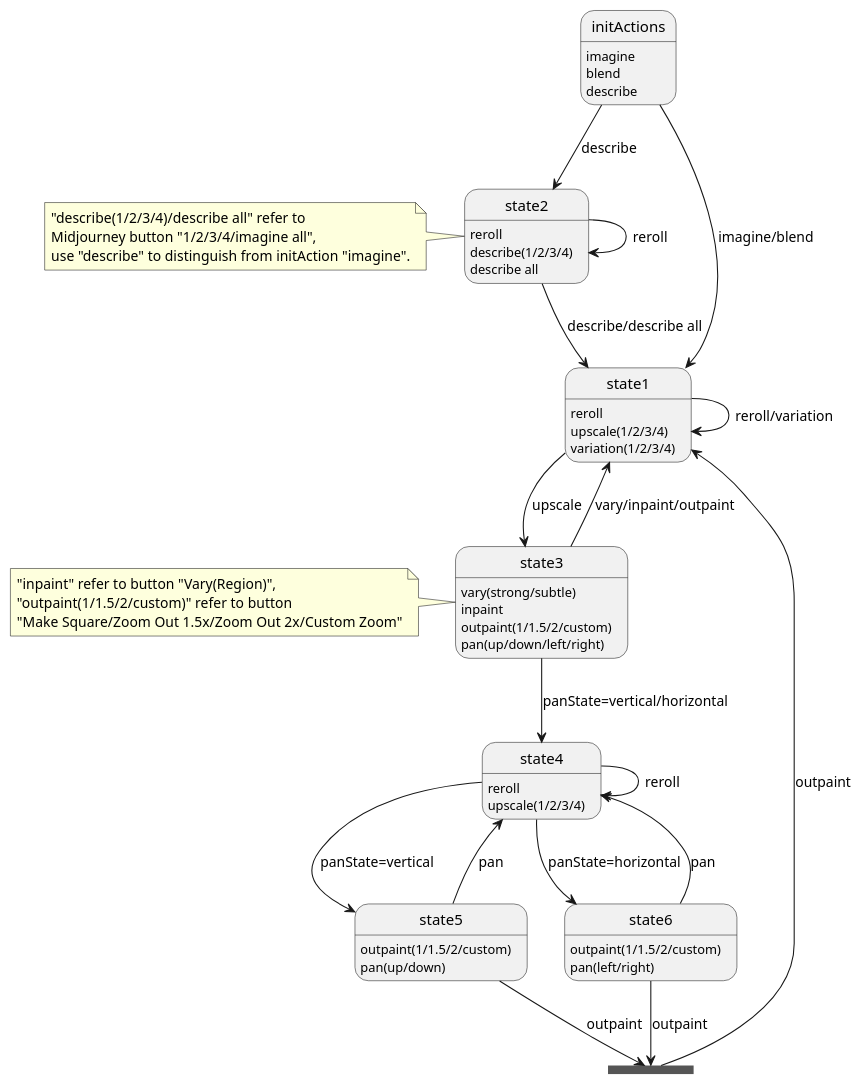
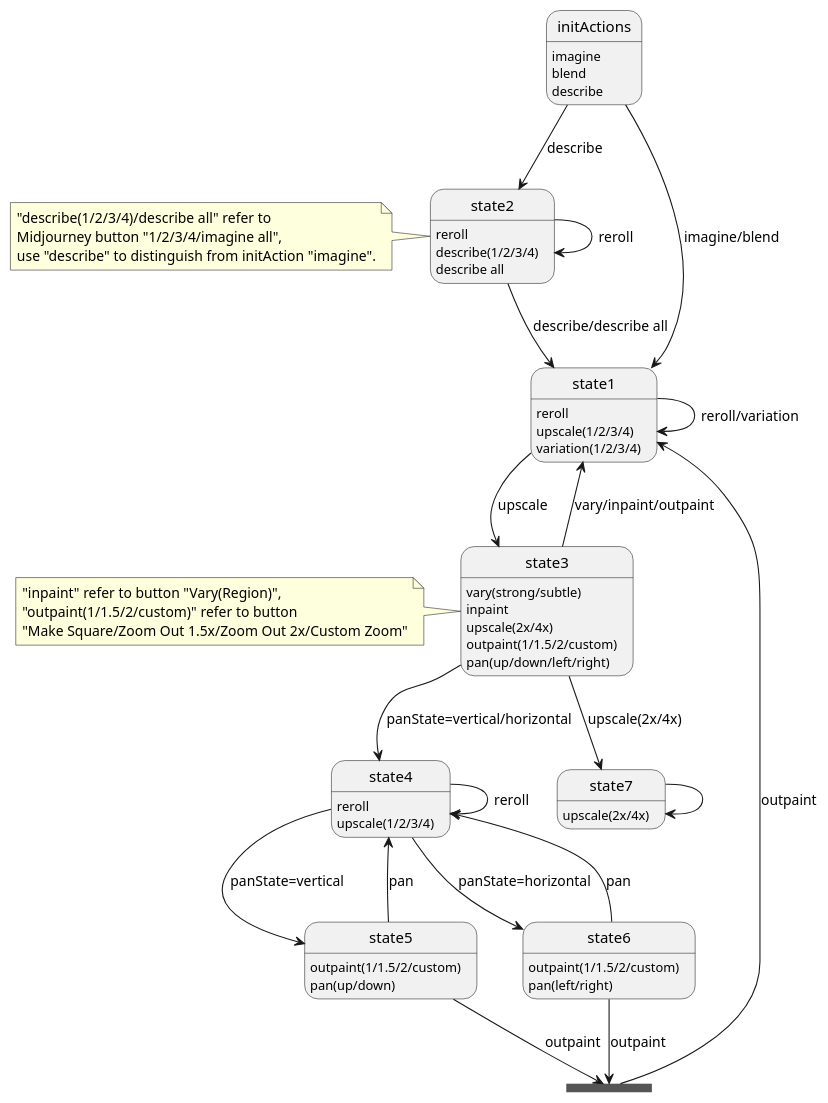
The diagram in state_graph.iuml (LiphiTC/midjourney-state-machine), drawn with PlantUML before and after one commit. The commit also changed 4 other files, not shown here.

```diff
--- a/state_graph.iuml
+++ b/state_graph.iuml
@@ -1,77 +1,85 @@
 @startuml
 state initActions{
   initActions : imagine
   initActions : blend
   initActions : describe
 }
 
 state state1 {
   state1 : reroll
   state1 : upscale(1/2/3/4)
   state1 : variation(1/2/3/4)
 }
 
 state state2 {
   state2 : reroll
   state2 : describe(1/2/3/4)
   state2 : describe all
 }
 note left of state2
   "describe(1/2/3/4)/describe all" refer to
   Midjourney button "1/2/3/4/imagine all",
   use "describe" to distinguish from initAction "imagine".
 end note
 
 state state3 {
   state3: vary(strong/subtle)
   state3: inpaint
+  state3: upscale(2x/4x)
   state3: outpaint(1/1.5/2/custom)
   state3: pan(up/down/left/right)
 }
 note left of state3
   "inpaint" refer to button "Vary(Region)",
   "outpaint(1/1.5/2/custom)" refer to button
   "Make Square/Zoom Out 1.5x/Zoom Out 2x/Custom Zoom"
 end note
 
 state state4 {
   state4: reroll
   state4: upscale(1/2/3/4)
 }
 
 state state5 {
   state5: outpaint(1/1.5/2/custom)
   state5: pan(up/down)
 }
 
 state state6 {
   state6: outpaint(1/1.5/2/custom)
   state6: pan(left/right)
 }
 
 state join <<join>>
 
+state state7 {
+  state7: upscale(2x/4x)
+}
+
 initActions --> state1 : imagine/blend
 initActions --> state2 : describe
 
 state1 --> state1 : reroll/variation
 state1 --> state3 : upscale
 
 state2 --> state2 : reroll
 state2 --> state1 : describe/describe all
 
 state3 --> state1 : vary/inpaint/outpaint
 state3 --> state4 : panState=vertical/horizontal
+state3 --> state7 : upscale(2x/4x)
 
 state4 --> state4 : reroll
 state4 --> state5 : panState=vertical
 state4 --> state6 : panState=horizontal
 
 state5 --> state4 : pan
 state6 --> state4 : pan
 
 state5 --> join : outpaint
 state6 --> join : outpaint
 
 join --> state1 : outpaint
+
+state7 --> state7
 @enduml
```
